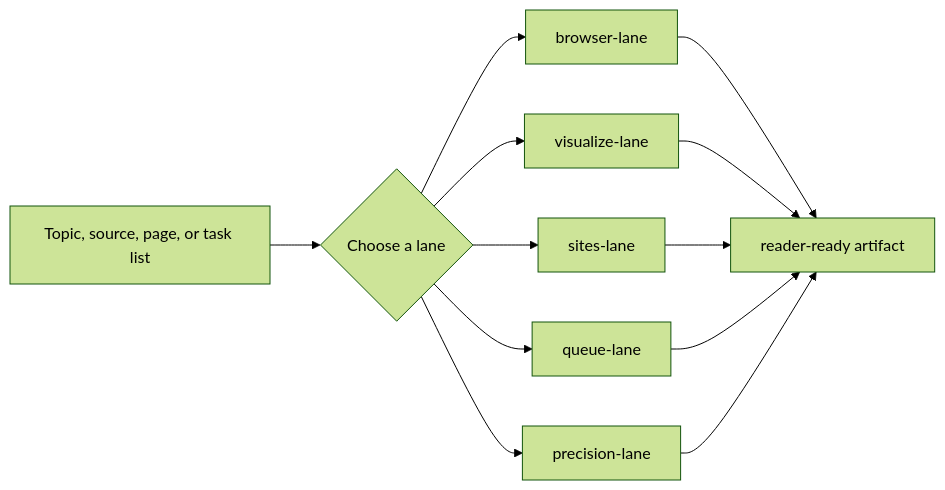
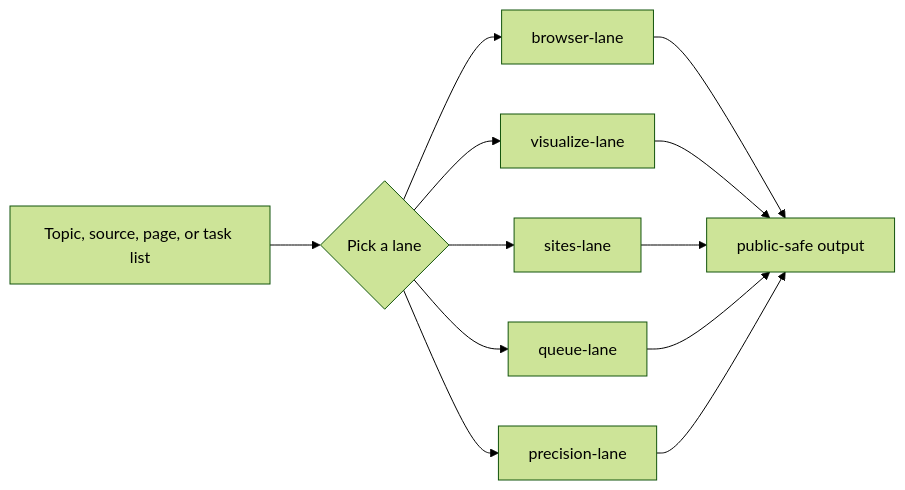
Before and after one commit to sushuqiong/ai-knowledge-writing-skill: the diagram in README.md, drawn with Mermaid (forest theme). The commit also changed other lines of this file and 9 other files, not shown here.

````diff
--- a/README.md
+++ b/README.md
@@ -40,14 +40,14 @@
 ```mermaid
 flowchart LR
-  A["Topic, source, page, or task list"] --> B{"Choose a lane"}
+  A["Topic, source, page, or task list"] --> B{"Pick a lane"}
   B --> C["browser-lane"]
   B --> D["visualize-lane"]
   B --> E["sites-lane"]
   B --> F["queue-lane"]
   B --> G["precision-lane"]
-  C --> H["reader-ready artifact"]
+  C --> H["public-safe output"]
   D --> H
   E --> H
   F --> H
   G --> H
 ```
````
